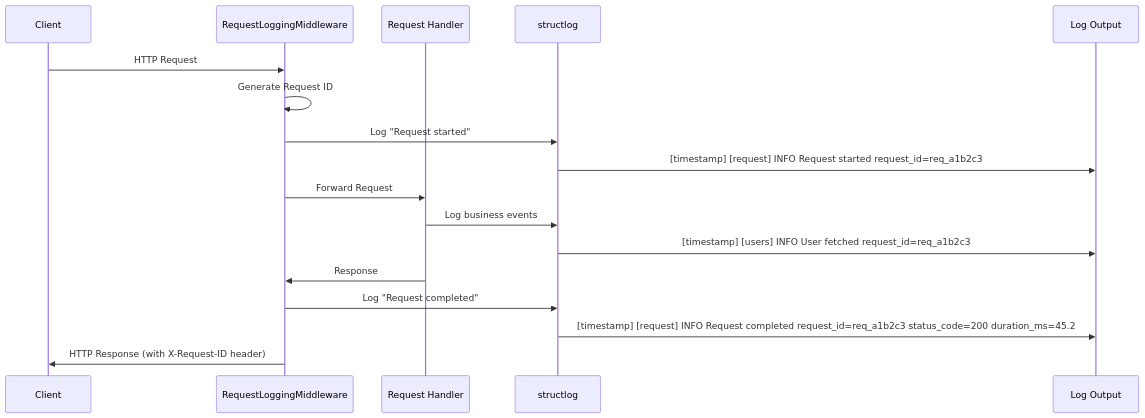
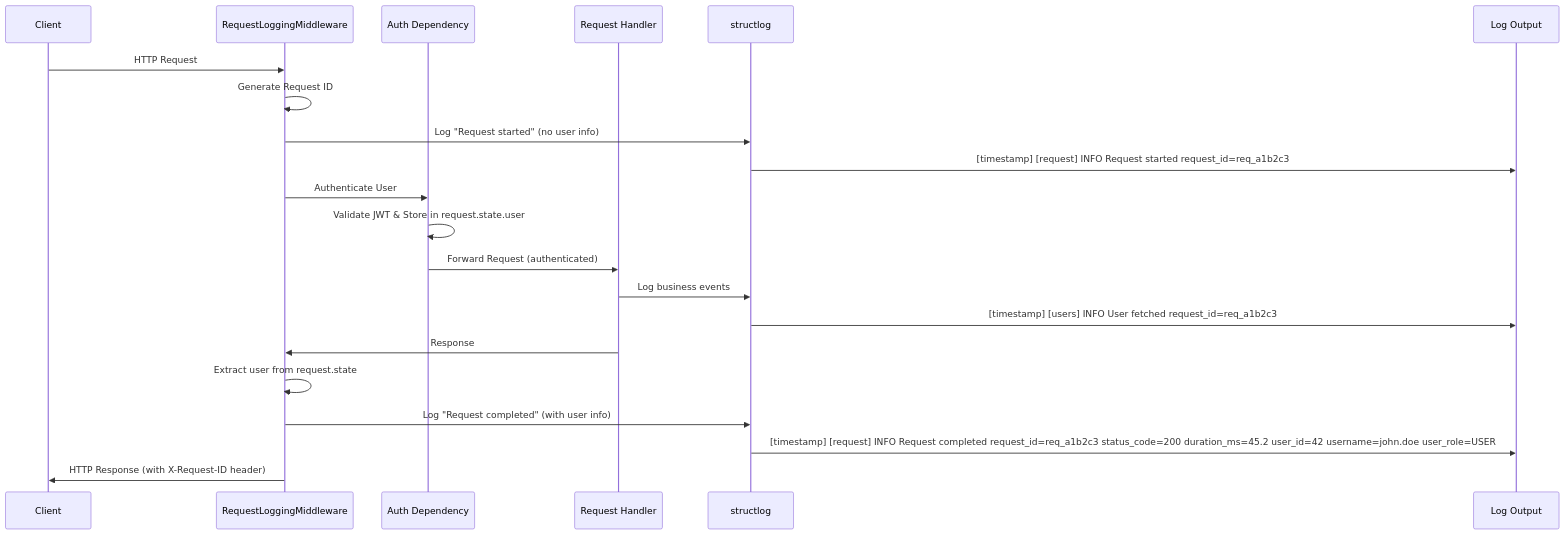
The third of 4 diagrams in backend/app/core/logging/README.md (brokdar/fastapi-template), drawn with Mermaid before and after one commit. The commit also changed other lines of this file and 10 other files, not shown here.

````diff
--- a/backend/app/core/logging/README.md
+++ b/backend/app/core/logging/README.md
@@ -177,23 +180,27 @@
 ```mermaid
 sequenceDiagram
     participant Client
     participant Middleware as RequestLoggingMiddleware
+    participant AuthDep as Auth Dependency
     participant Handler as Request Handler
     participant Logger as structlog
     participant Output as Log Output
 
     Client->>Middleware: HTTP Request
     Middleware->>Middleware: Generate Request ID
-    Middleware->>Logger: Log "Request started"
+    Middleware->>Logger: Log "Request started" (no user info)
     Logger->>Output: [timestamp] [request] INFO Request started request_id=req_a1b2c3
 
-    Middleware->>Handler: Forward Request
+    Middleware->>AuthDep: Authenticate User
+    AuthDep->>AuthDep: Validate JWT & Store in request.state.user
+    AuthDep->>Handler: Forward Request (authenticated)
     Handler->>Logger: Log business events
     Logger->>Output: [timestamp] [users] INFO User fetched request_id=req_a1b2c3
 
     Handler->>Middleware: Response
-    Middleware->>Logger: Log "Request completed"
-    Logger->>Output: [timestamp] [request] INFO Request completed request_id=req_a1b2c3 status_code=200 duration_ms=45.2
+    Middleware->>Middleware: Extract user from request.state
+    Middleware->>Logger: Log "Request completed" (with user info)
+    Logger->>Output: [timestamp] [request] INFO Request completed request_id=req_a1b2c3 status_code=200 duration_ms=45.2 user_id=42 username=john.doe user_role=USER
 
     Middleware->>Client: HTTP Response (with X-Request-ID header)
 ```
````
